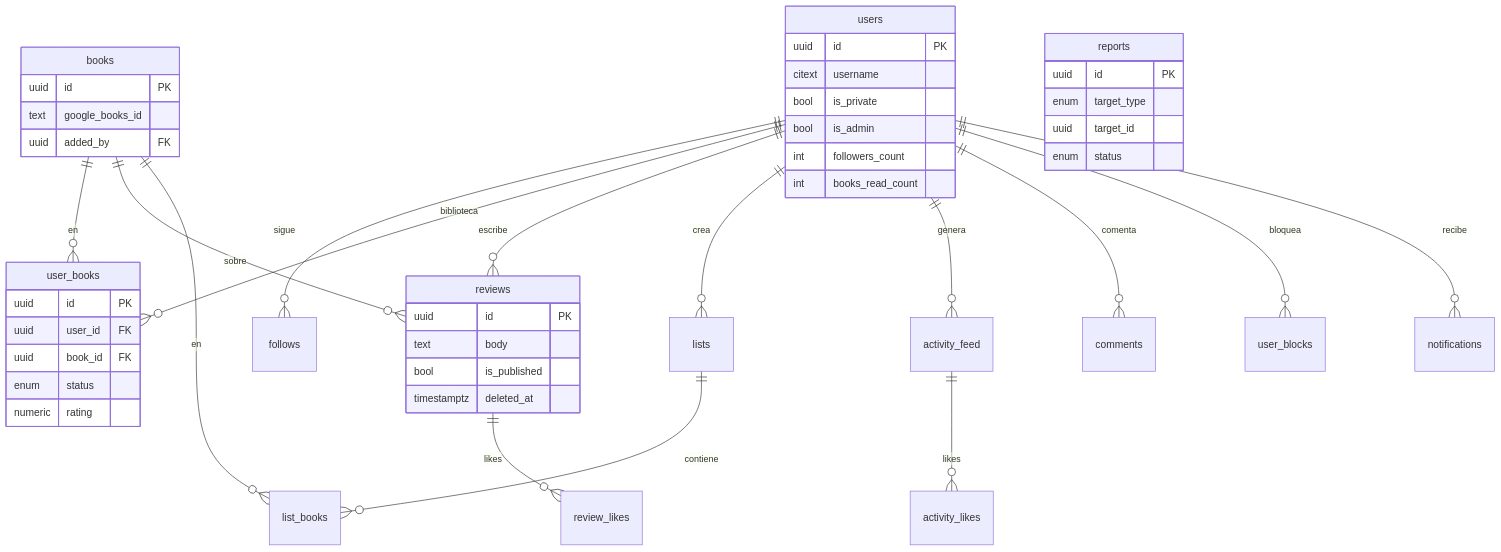
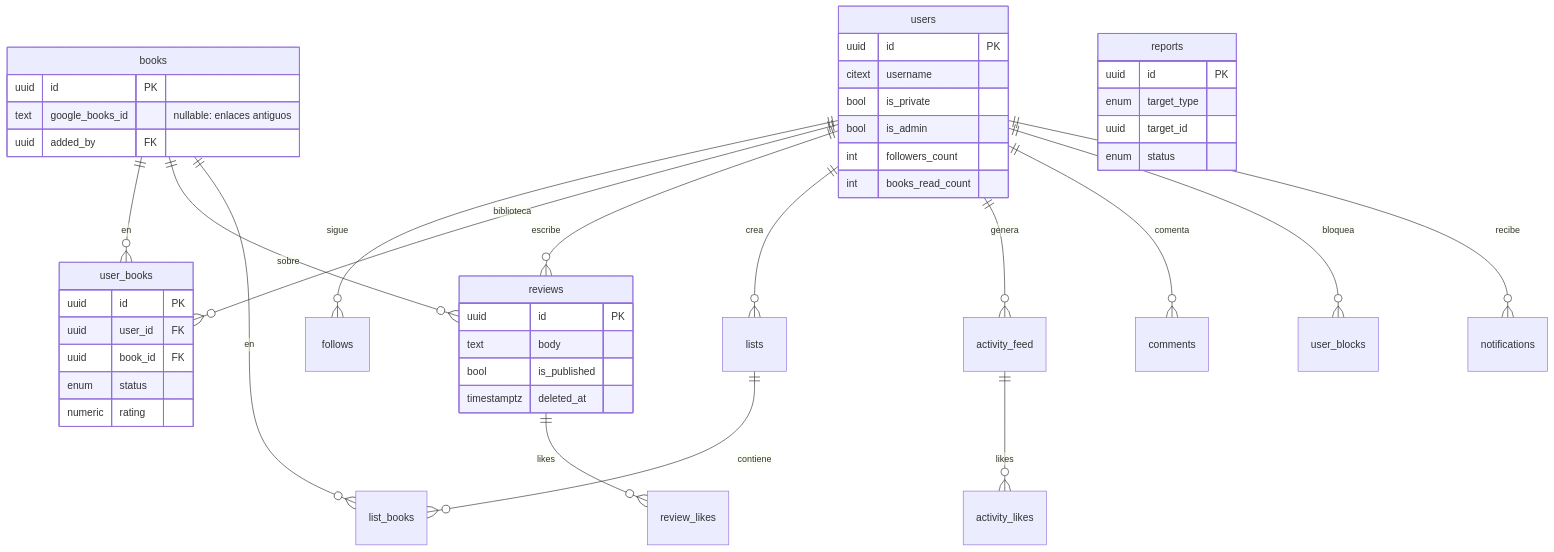
Before and after one commit to Klowsx/lexa-reads: the second of 6 diagrams in docs/diagramas.md, drawn with Mermaid. The commit also changed other lines of this file and 53 other files, not shown here.

````diff
--- a/docs/diagramas.md
+++ b/docs/diagramas.md
@@ -72,50 +68,50 @@
 ```mermaid
 erDiagram
   users ||--o{ follows : "sigue"
   users ||--o{ user_books : "biblioteca"
   users ||--o{ reviews : "escribe"
   users ||--o{ lists : "crea"
   users ||--o{ activity_feed : "genera"
   users ||--o{ comments : "comenta"
   users ||--o{ user_blocks : "bloquea"
   users ||--o{ notifications : "recibe"
   books  ||--o{ user_books : "en"
   books  ||--o{ reviews : "sobre"
   books  ||--o{ list_books : "en"
   lists  ||--o{ list_books : "contiene"
   reviews ||--o{ review_likes : "likes"
   activity_feed ||--o{ activity_likes : "likes"
 
   users {
     uuid id PK
     citext username
     bool is_private
     bool is_admin
     int followers_count
     int books_read_count
   }
   books {
     uuid id PK
-    text google_books_id
+    text google_books_id "nullable: enlaces antiguos"
     uuid added_by FK
   }
   user_books {
     uuid id PK
     uuid user_id FK
     uuid book_id FK
     enum status
     numeric rating
   }
   reviews {
     uuid id PK
     text body
     bool is_published
     timestamptz deleted_at
   }
   reports {
     uuid id PK
     enum target_type
     uuid target_id
     enum status
   }
 ```
````
